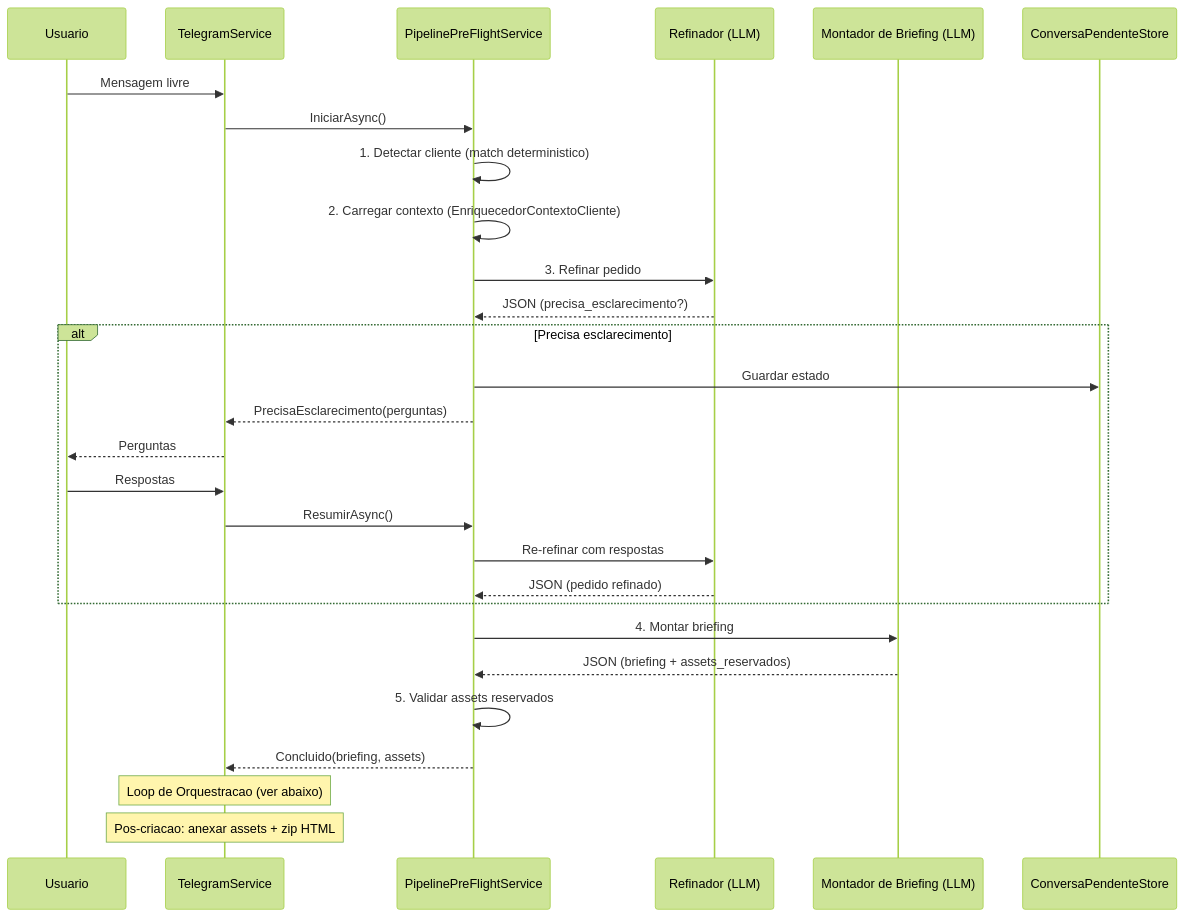
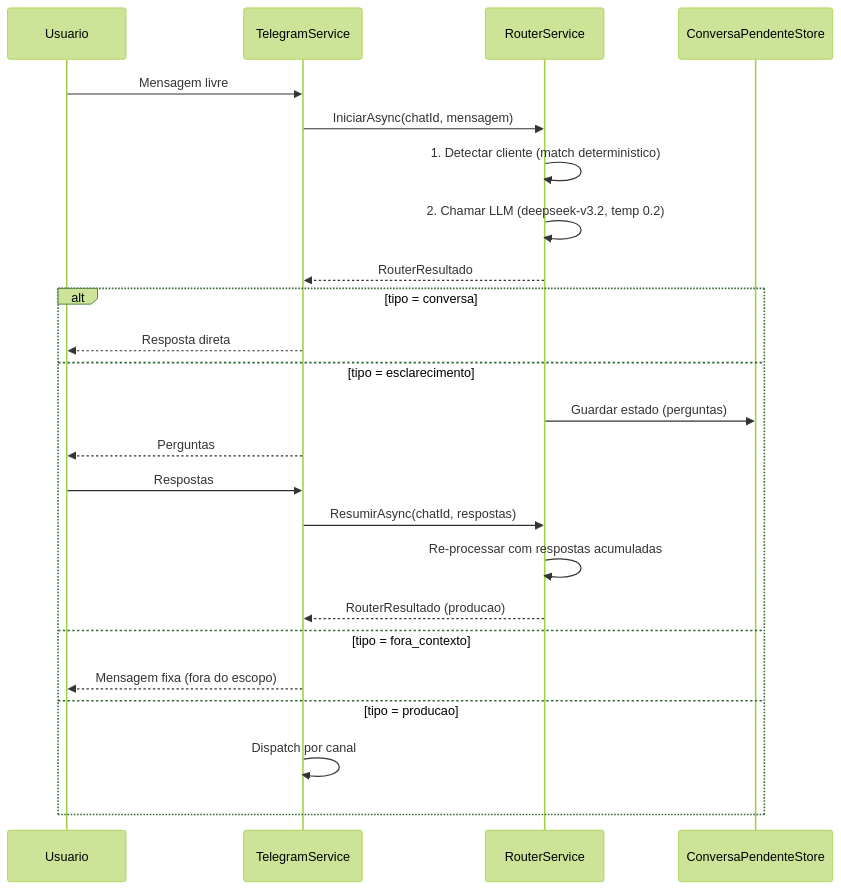
Before and after one commit to joaopedro-marques/suspira.fluxo.demo: the second of 6 diagrams in docs/ARCHITECTURE.md, drawn with Mermaid (forest theme). The commit also changed other lines of this file and 2 other files, not shown here.

First line of the commit message:
docs: atualiza documentação para arquitetura router + pipelines

````diff
--- a/docs/ARCHITECTURE.md
+++ b/docs/ARCHITECTURE.md
@@ -72,35 +62,29 @@
 ```mermaid
 sequenceDiagram
     participant U as Usuario
     participant T as TelegramService
-    participant PF as PipelinePreFlightService
-    participant R as Refinador (LLM)
-    participant M as Montador de Briefing (LLM)
+    participant R as RouterService
     participant PS as ConversaPendenteStore
     
     U->>T: Mensagem livre
-    T->>PF: IniciarAsync()
+    T->>R: IniciarAsync(chatId, mensagem)
     
-    PF->>PF: 1. Detectar cliente (match deterministico)
-    PF->>PF: 2. Carregar contexto (EnriquecedorContextoCliente)
-    PF->>R: 3. Refinar pedido
-    R-->>PF: JSON (precisa_esclarecimento?)
+    R->>R: 1. Detectar cliente (match deterministico)
+    R->>R: 2. Chamar LLM (deepseek-v3.2, temp 0.2)
+    R-->>T: RouterResultado
     
-    alt Precisa esclarecimento
-        PF->>PS: Guardar estado
-        PF-->>T: PrecisaEsclarecimento(perguntas)
+    alt tipo = conversa
+        T-->>U: Resposta direta
+    else tipo = esclarecimento
+        R->>PS: Guardar estado (perguntas)
         T-->>U: Perguntas
         U->>T: Respostas
-        T->>PF: ResumirAsync()
-        PF->>R: Re-refinar com respostas
-        R-->>PF: JSON (pedido refinado)
+        T->>R: ResumirAsync(chatId, respostas)
+        R->>R: Re-processar com respostas acumuladas
+        R-->>T: RouterResultado (producao)
+    else tipo = fora_contexto
+        T-->>U: Mensagem fixa (fora do escopo)
+    else tipo = producao
+        T->>T: Dispatch por canal
     end
-    
-    PF->>M: 4. Montar briefing
-    M-->>PF: JSON (briefing + assets_reservados)
-    PF->>PF: 5. Validar assets reservados
-    PF-->>T: Concluido(briefing, assets)
-    
-    Note over T: Loop de Orquestracao (ver abaixo)
-    Note over T: Pos-criacao: anexar assets + zip HTML
 ```
````
